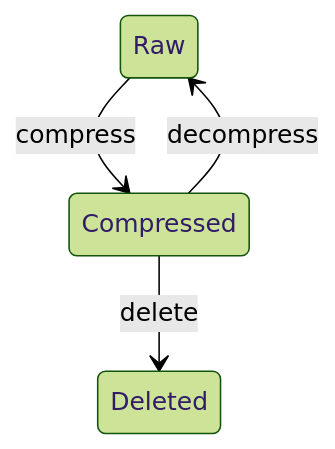
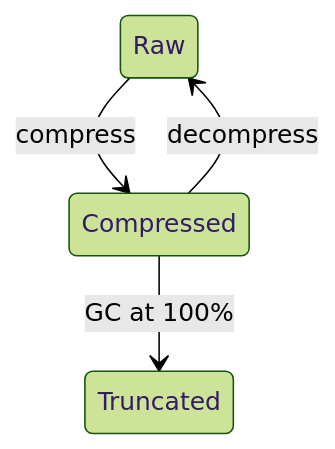
Before and after one commit to ranxianglei/opencode-acp: the diagram in README.md, drawn with Mermaid (forest theme). The commit also changed other lines of this file, not shown here.

````diff
--- a/README.md
+++ b/README.md
@@ -92,6 +94,6 @@
 ```mermaid
 stateDiagram-v2
     Raw --> Compressed : compress
     Compressed --> Raw : decompress
-    Compressed --> Deleted : delete
+    Compressed --> Truncated : GC at 100%
 ```
````
